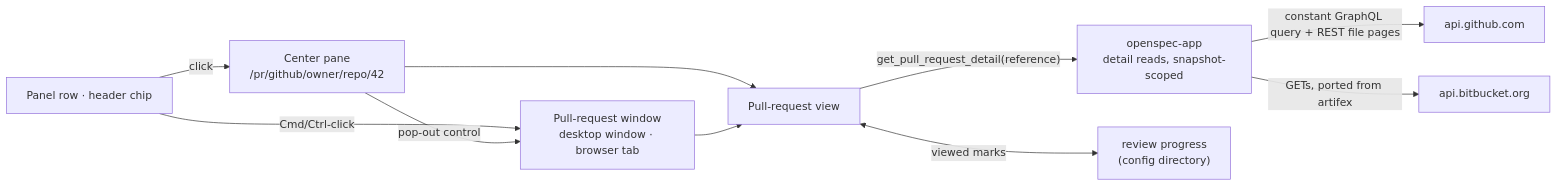
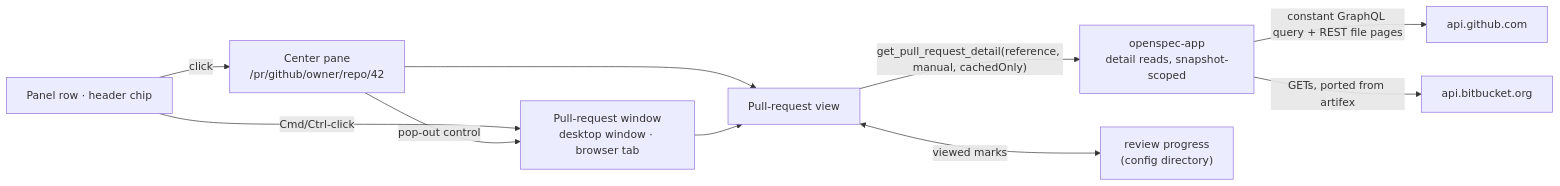
The diagram in openspec/changes/pull-request-viewer/proposal.md (avantmedialtd/specforge), drawn with Mermaid before and after one commit. The commit also changed other lines of this file and 11 other files, not shown here.

````diff
--- a/openspec/changes/pull-request-viewer/proposal.md
+++ b/openspec/changes/pull-request-viewer/proposal.md
@@ -16,12 +16,12 @@
 ```mermaid
 flowchart LR
   R["Panel row · header chip"] -- click --> C["Center pane<br/>/pr/github/owner/repo/42"]
   R -- "Cmd/Ctrl-click" --> W["Pull-request window<br/>desktop window · browser tab"]
   C -- "pop-out control" --> W
   C --> V["Pull-request view"]
   W --> V
-  V -- "get_pull_request_detail(reference)" --> S["openspec-app<br/>detail reads, snapshot-scoped"]
+  V -- "get_pull_request_detail(reference, manual, cachedOnly)" --> S["openspec-app<br/>detail reads, snapshot-scoped"]
   S -- "constant GraphQL query + REST file pages" --> GH["api.github.com"]
   S -- "GETs, ported from artifex" --> BB["api.bitbucket.org"]
   V <-- "viewed marks" --> P["review progress<br/>(config directory)"]
 ```
````
